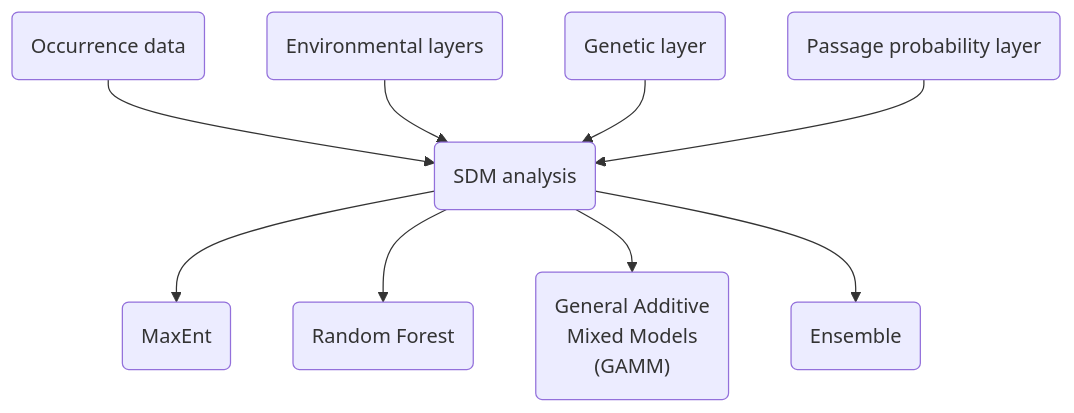
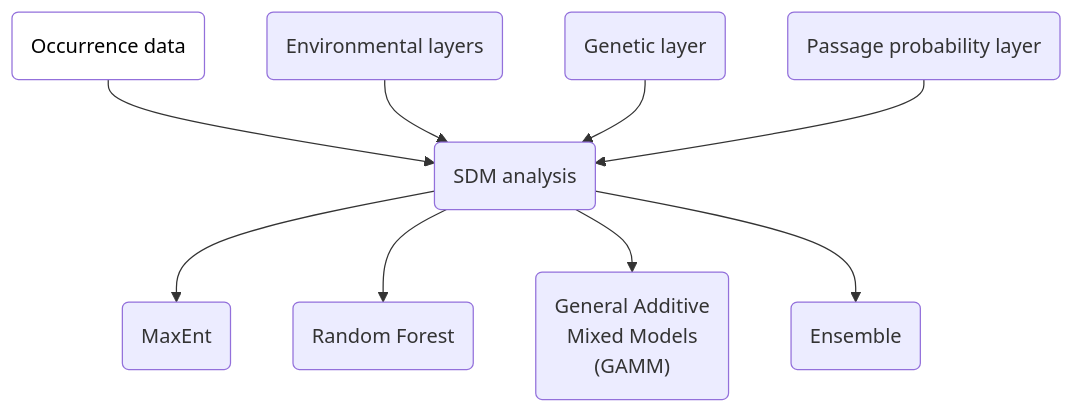
One commit to grcvhon/atm-analysis changed the diagram in README.md. Above: the diagram before and after it, drawn with Mermaid.

Commit message:
Update: cols

````diff
--- a/README.md
+++ b/README.md
@@ -11,23 +11,24 @@
 ```mermaid
 flowchart TD;
     A("Occurrence data")
+    style A fill:white,stroke:grey80,color:black
     B("Environmental layers")
     C("Genetic layer")
     D("Passage probability layer")
     E("SDM analysis")
     F("MaxEnt")
     G("Random Forest")
     H("General Additive 
     Mixed Models
     (GAMM)")
     I("Ensemble")
     
     A-->E;
     B-->E;
     C-->E;
     D-->E;
     E-->F;
     E-->G;
     E-->H;
     E-->I;
 ```
````
